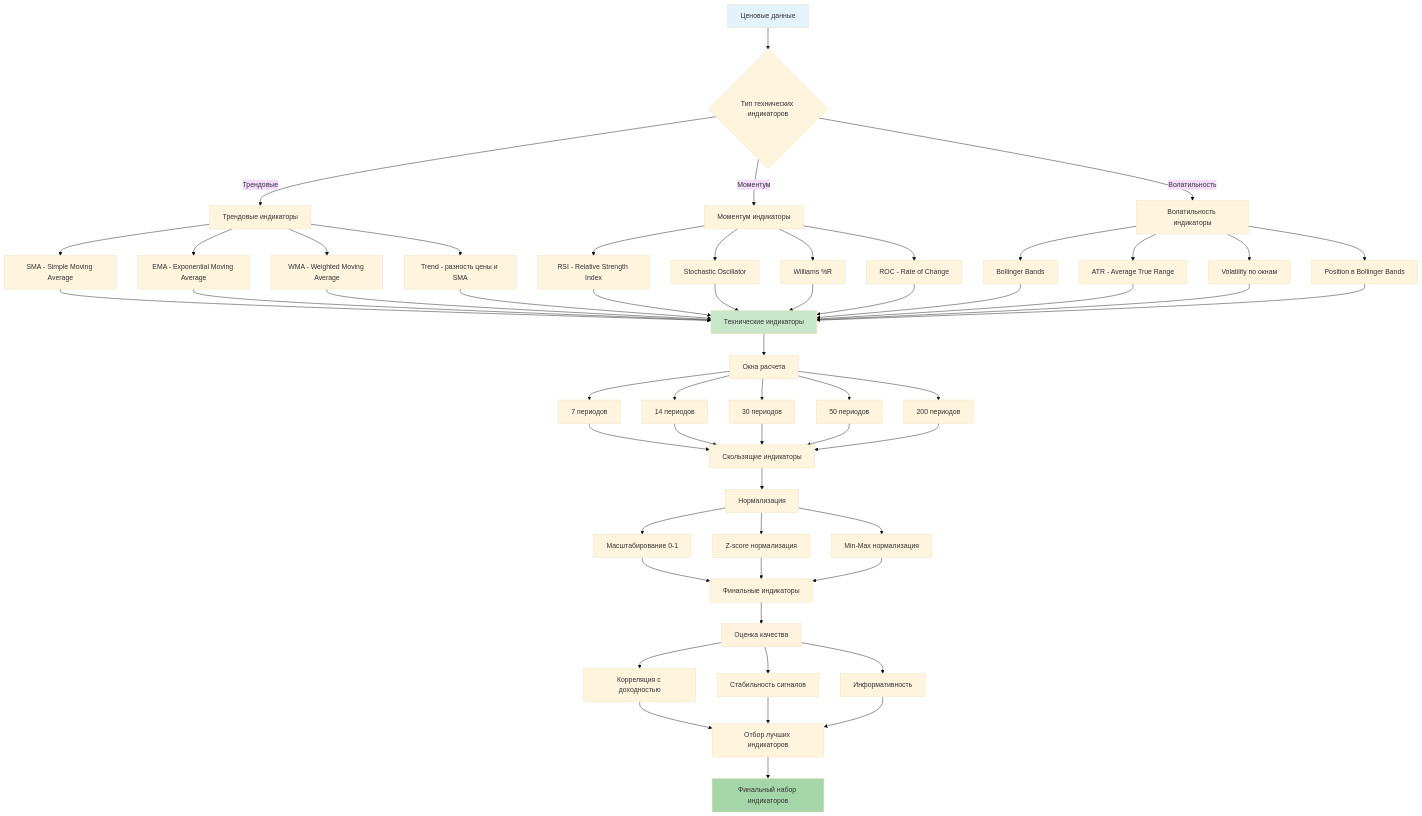
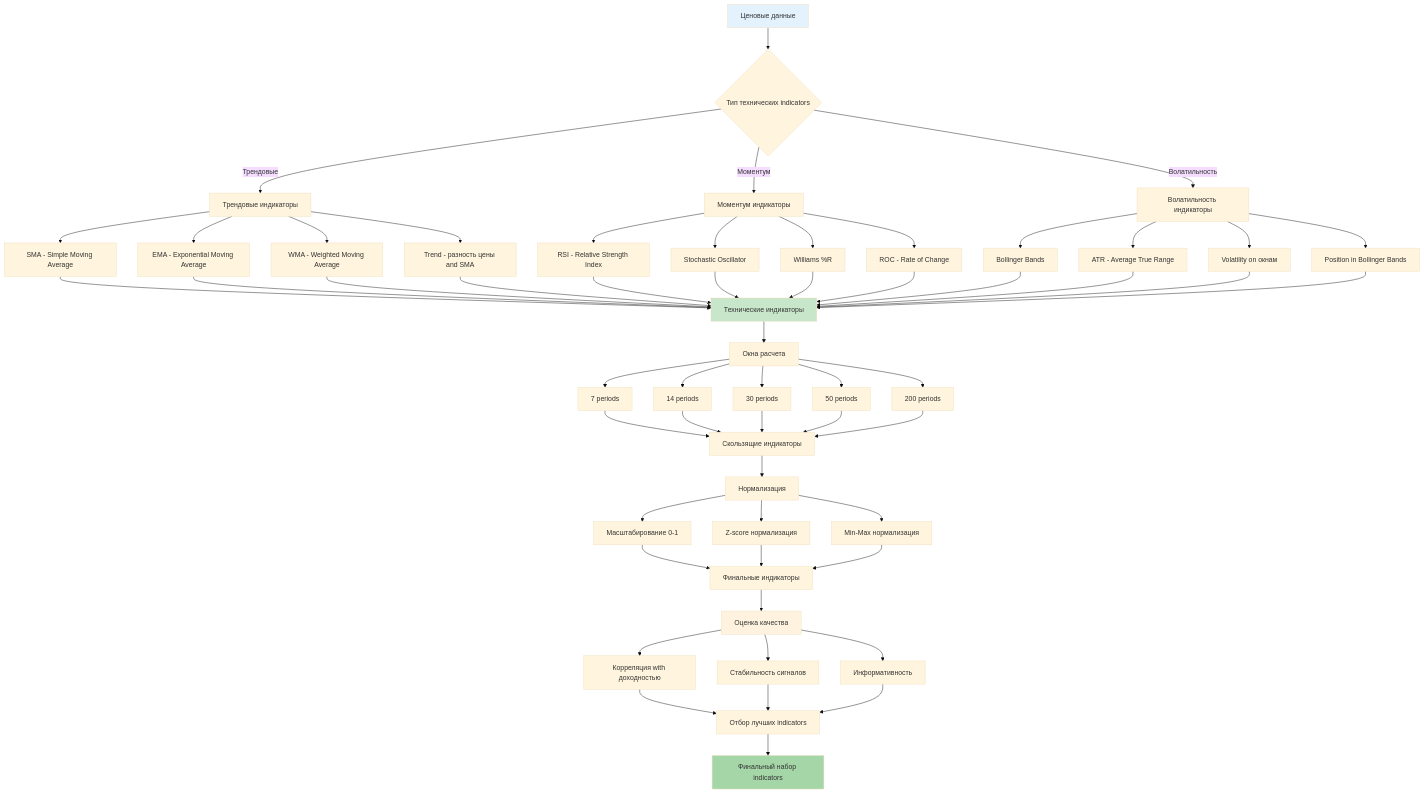
The fifth of 9 diagrams in docs/automl/gluon/28_feature_generation_advanced.md (NeoZorK/neozork-hld-prediction), drawn with Mermaid (base theme) before and after one commit. The commit also changed other lines of this file and 19 other files, not shown here.

````diff
--- a/docs/automl/gluon/28_feature_generation_advanced.md
+++ b/docs/automl/gluon/28_feature_generation_advanced.md
@@ -1104,74 +1104,74 @@
 ```mermaid
 graph TD
-    A[Ценовые данные] --> B{Тип технических индикаторов}
-    
-    B -->|Трендовые| C[Трендовые индикаторы]
-    B -->|Моментум| D[Моментум индикаторы]
-    B -->|Волатильность| E[Волатильность индикаторы]
-    
-    C --> C1[SMA - Simple Moving Average]
-    C --> C2[EMA - Exponential Moving Average]
-    C --> C3[WMA - Weighted Moving Average]
-    C --> C4[Trend - разность цены и SMA]
-    
-    D --> D1[RSI - Relative Strength Index]
-    D --> D2[Stochastic Oscillator]
-    D --> D3[Williams %R]
-    D --> D4[ROC - Rate of Change]
-    
-    E --> E1[Bollinger Bands]
-    E --> E2[ATR - Average True Range]
-    E --> E3[Volatility по окнам]
-    E --> E4[Position в Bollinger Bands]
-    
-    C1 --> F[Технические индикаторы]
-    C2 --> F
-    C3 --> F
-    C4 --> F
-    D1 --> F
-    D2 --> F
-    D3 --> F
-    D4 --> F
-    E1 --> F
-    E2 --> F
-    E3 --> F
-    E4 --> F
-    
-    F --> G[Окна расчета]
-    G --> G1[7 периодов]
-    G --> G2[14 периодов]
-    G --> G3[30 периодов]
-    G --> G4[50 периодов]
-    G --> G5[200 периодов]
-    
-    G1 --> H[Скользящие индикаторы]
-    G2 --> H
-    G3 --> H
-    G4 --> H
-    G5 --> H
-    
-    H --> I[Нормализация]
-    I --> J[Масштабирование 0-1]
-    I --> K[Z-score нормализация]
-    I --> L[Min-Max нормализация]
-    
-    J --> M[Финальные индикаторы]
-    K --> M
-    L --> M
-    
-    M --> N[Оценка качества]
-    N --> O[Корреляция с доходностью]
-    N --> P[Стабильность сигналов]
-    N --> Q[Информативность]
-    
-    O --> R[Отбор лучших индикаторов]
-    P --> R
-    Q --> R
-    
-    R --> S[Финальный набор индикаторов]
-    
-    style A fill:#e3f2fd
-    style F fill:#c8e6c9
-    style S fill:#a5d6a7
-    style N fill:#fff3e0
+ A[Ценовые данные] --> B{Тип технических indicators}
+
+ B -->|Трендовые| C[Трендовые индикаторы]
+ B -->|Моментум| D[Моментум индикаторы]
+ B -->|Волатильность| E[Волатильность индикаторы]
+
+ C --> C1[SMA - Simple Moving Average]
+ C --> C2[EMA - Exponential Moving Average]
+ C --> C3[WMA - Weighted Moving Average]
+ C --> C4[Trend - разность цены and SMA]
+
+ D --> D1[RSI - Relative Strength Index]
+ D --> D2[Stochastic Oscillator]
+ D --> D3[Williams %R]
+ D --> D4[ROC - Rate of Change]
+
+ E --> E1[Bollinger Bands]
+ E --> E2[ATR - Average True Range]
+ E --> E3[Volatility on окнам]
+ E --> E4[Position in Bollinger Bands]
+
+ C1 --> F[Технические индикаторы]
+ C2 --> F
+ C3 --> F
+ C4 --> F
+ D1 --> F
+ D2 --> F
+ D3 --> F
+ D4 --> F
+ E1 --> F
+ E2 --> F
+ E3 --> F
+ E4 --> F
+
+ F --> G[Окна расчета]
+ G --> G1[7 periods]
+ G --> G2[14 periods]
+ G --> G3[30 periods]
+ G --> G4[50 periods]
+ G --> G5[200 periods]
+
+ G1 --> H[Скользящие индикаторы]
+ G2 --> H
+ G3 --> H
+ G4 --> H
+ G5 --> H
+
+ H --> I[Нормализация]
+ I --> J[Масштабирование 0-1]
+ I --> K[Z-score нормализация]
+ I --> L[Min-Max нормализация]
+
+ J --> M[Финальные индикаторы]
+ K --> M
+ L --> M
+
+ M --> N[Оценка качества]
+ N --> O[Корреляция with доходностью]
+ N --> P[Стабильность сигналов]
+ N --> Q[Информативность]
+
+ O --> R[Отбор лучших indicators]
+ P --> R
+ Q --> R
+
+ R --> S[Финальный набор indicators]
+
+ style A fill:#e3f2fd
+ style F fill:#c8e6c9
+ style S fill:#a5d6a7
+ style N fill:#fff3e0
 ```
````
